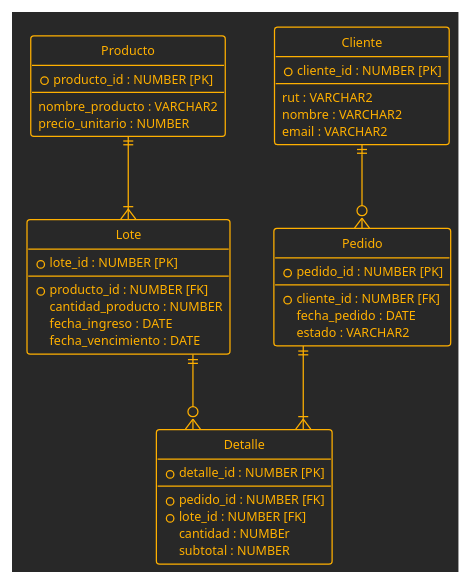
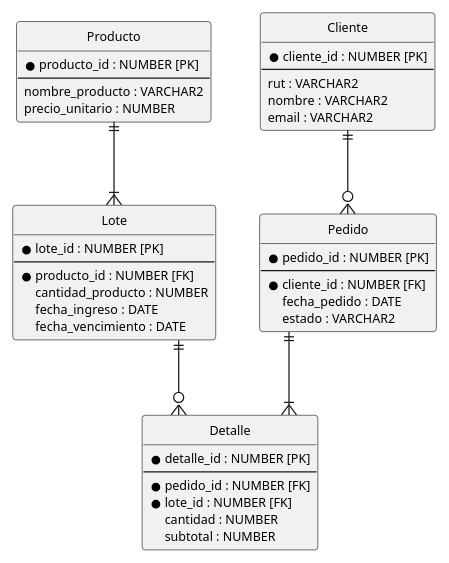
The diagram in diagramas/modelo-v0.puml (josue-delgado/TalllerBaseDatos), drawn with PlantUML before and after one commit. The commit also changed 2 other files, not shown here.

```diff
--- a/diagramas/modelo-v0.puml
+++ b/diagramas/modelo-v0.puml
@@ -1,48 +1,48 @@
 @startuml Modelo
-!theme crt-amber
 skinparam defaultFontName monospace
 skinparam DefaultFontSize 10
 skinparam linetype ortho
 hide circle
+
 entity Producto {
     * producto_id : NUMBER [PK]
     --
     nombre_producto : VARCHAR2
     precio_unitario : NUMBER
 }
 entity Lote {
     * lote_id : NUMBER [PK]
     --
     * producto_id : NUMBER [FK]
     cantidad_producto : NUMBER
     fecha_ingreso : DATE
     fecha_vencimiento : DATE
 }
 entity Cliente {
     * cliente_id : NUMBER [PK]
     --
     rut : VARCHAR2
     nombre : VARCHAR2
     email : VARCHAR2
 }
 entity Pedido {
     * pedido_id : NUMBER [PK]
     --
     * cliente_id : NUMBER [FK]
     fecha_pedido : DATE
     estado : VARCHAR2
 }
 entity Detalle {
     * detalle_id : NUMBER [PK]
     --
     * pedido_id : NUMBER [FK]
     * lote_id : NUMBER [FK]
-    cantidad : NUMBEr
+    cantidad : NUMBER
     subtotal : NUMBER
 }
 
 Producto ||--|{ Lote
 Cliente ||--o{ Pedido
 Pedido ||--|{ Detalle
 Lote ||--o{ Detalle
 @enduml
```
